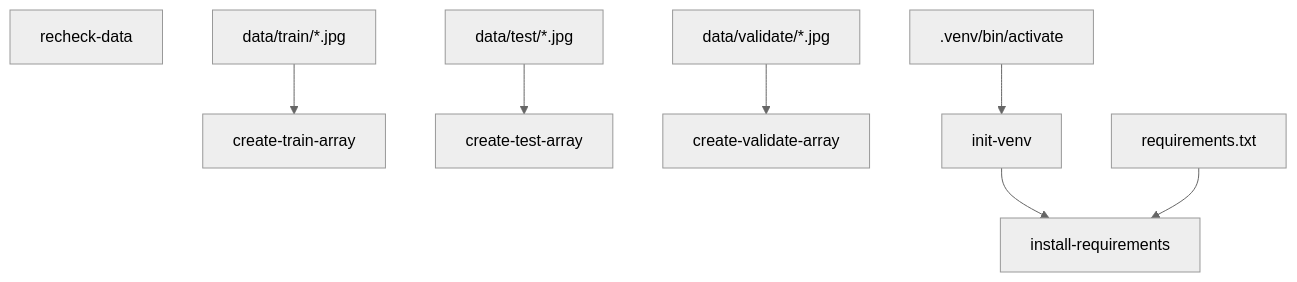
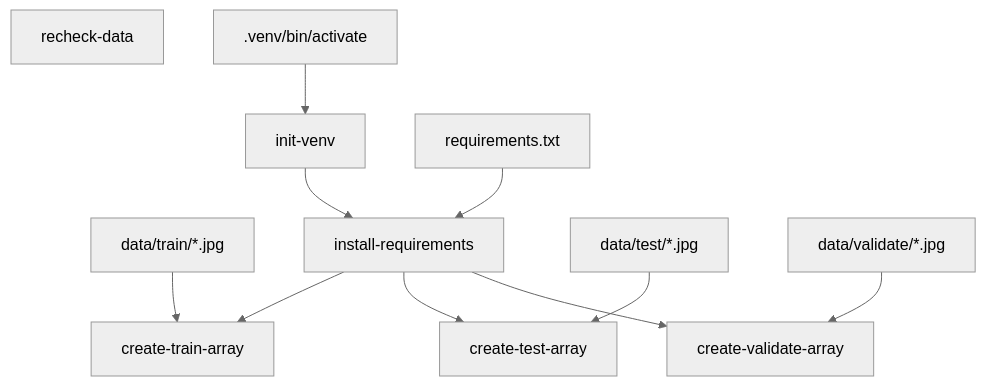
The third of 3 diagrams in book/src/how-to/create-a-data-pipeline.md (iesahin/xvc), drawn with Mermaid (neutral theme) before and after one commit. The commit also changed other lines of this file, not shown here.

````diff
--- a/book/src/how-to/create-a-data-pipeline.md
+++ b/book/src/how-to/create-a-data-pipeline.md
@@ -303,15 +282,18 @@
 ```mermaid
 flowchart TD
     n0["recheck-data"]
     n1["create-train-array"]
     n2["data/train/*.jpg"] --> n1
-    n3["create-test-array"]
-    n4["data/test/*.jpg"] --> n3
-    n5["create-validate-array"]
-    n6["data/validate/*.jpg"] --> n5
-    n7["init-venv"]
-    n8[".venv/bin/activate"] --> n7
-    n9["install-requirements"]
-    n7["init-venv"] --> n9
-    n10["requirements.txt"] --> n9
+    n3["install-requirements"] --> n1
+    n4["create-test-array"]
+    n5["data/test/*.jpg"] --> n4
+    n3["install-requirements"] --> n4
+    n6["create-validate-array"]
+    n7["data/validate/*.jpg"] --> n6
+    n3["install-requirements"] --> n6
+    n8["init-venv"]
+    n9[".venv/bin/activate"] --> n8
+    n3["install-requirements"]
+    n8["init-venv"] --> n3
+    n10["requirements.txt"] --> n3
 ```
````
